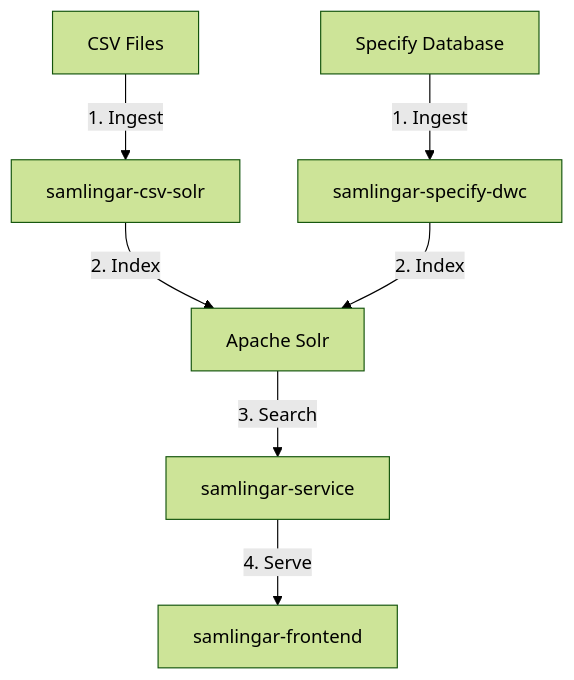
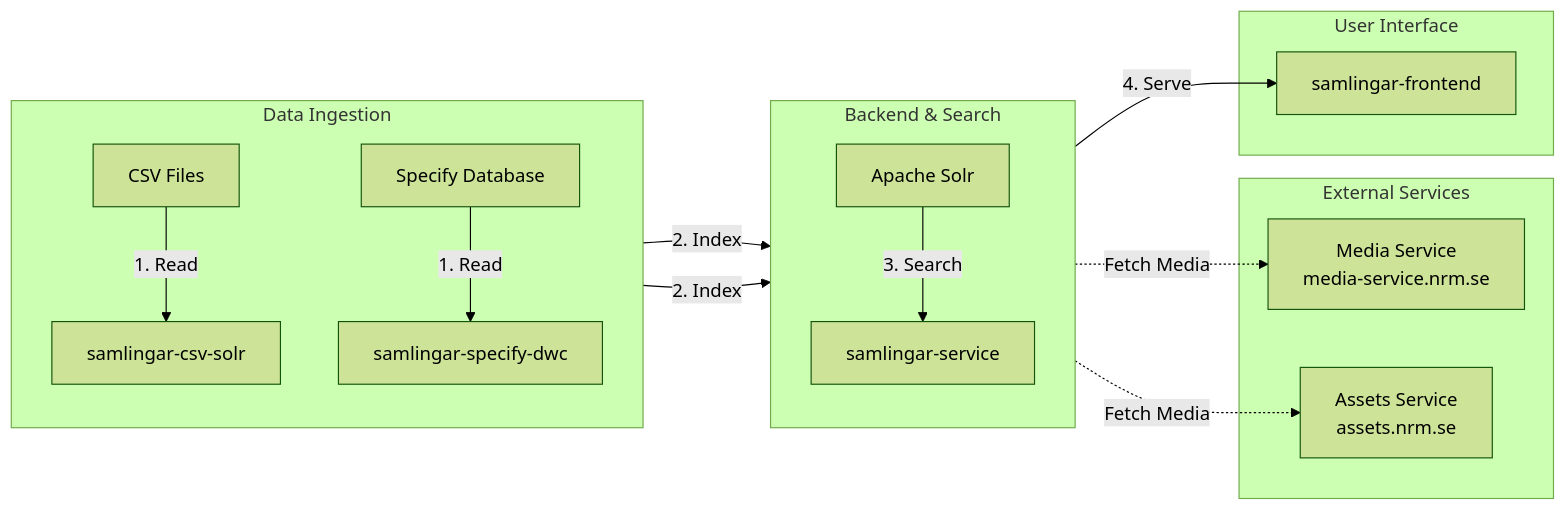
The diagram in README.md (Naturhistoriska/samlingar), drawn with Mermaid (forest theme) before and after one commit. The commit also changed other lines of this file, not shown here.

````diff
--- a/README.md
+++ b/README.md
@@ -11,9 +12,30 @@
 ```mermaid
-graph TD
-    CSV[CSV Files] -->|1. Ingest| CSVIndexer[samlingar-csv-solr]
-    DB[Specify Database] -->|1. Ingest| DBIndexer[samlingar-specify-dwc]
-    CSVIndexer -->|2. Index| Solr[Apache Solr]
-    DBIndexer -->|2. Index| Solr
-    Solr -->|3. Search| API[samlingar-service]
-    API -->|4. Serve| UI[samlingar-frontend]
+graph LR
+subgraph Ingestion [Data Ingestion]
+direction TB
+CSV[CSV Files] -->|1. Read| CSVIndexer[samlingar-csv-solr]
+DB[Specify Database] -->|1. Read| DBIndexer[samlingar-specify-dwc]
+end
+
+subgraph Backend [Backend & Search]
+direction TB
+Solr[Apache Solr]
+API[samlingar-service]
+end
+
+subgraph External [External Services]
+Media[Media Service<br/>media-service.nrm.se]
+Assets[Assets Service<br/>assets.nrm.se]
+end
+
+subgraph Frontend [User Interface]
+UI[samlingar-frontend]
+end
+
+CSVIndexer -->|2. Index| Solr
+DBIndexer -->|2. Index| Solr
+Solr -->|3. Search| API
+API -->|4. Serve| UI
+API -.->|Fetch Media| Media
+API -.->|Fetch Media | Assets
 ```
````
